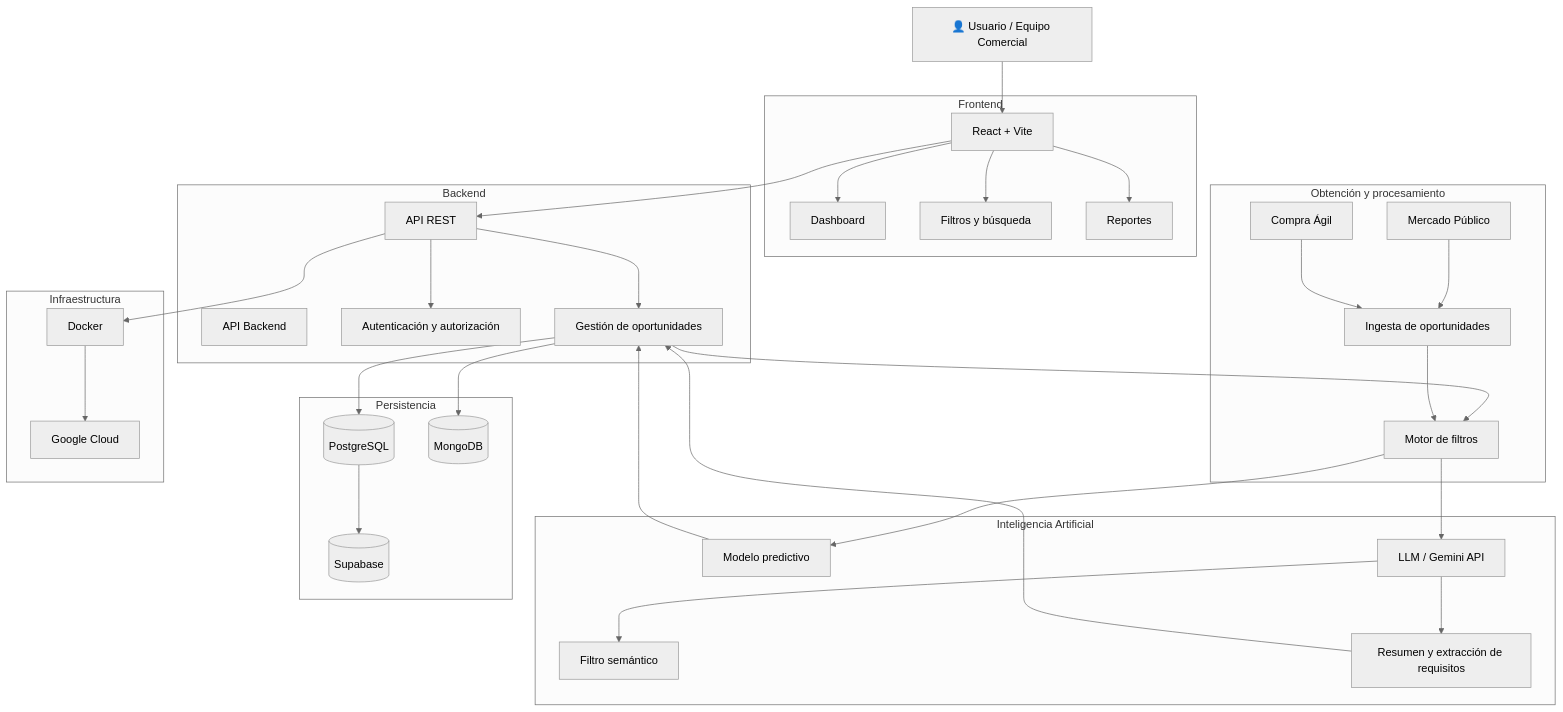
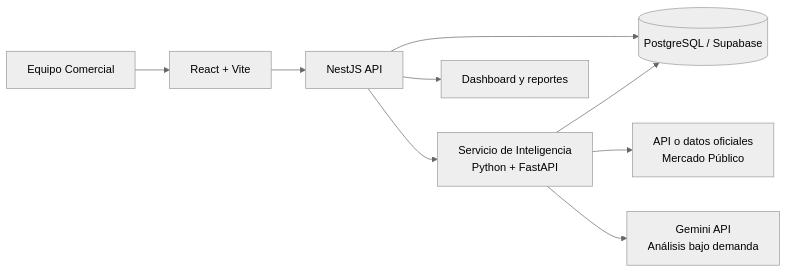
Before and after one commit to Thleighton/Capstone-Licing: the first of 2 diagrams in README.md, drawn with Mermaid (neutral theme). The commit also changed other lines of this file, not shown here.

````diff
--- a/README.md
+++ b/README.md
@@ -45,77 +86,14 @@
 ```mermaid
-flowchart TB
+flowchart LR
+    U[Equipo Comercial] --> FE[React + Vite]
+    FE --> API[NestJS API]
 
-    U[👤 Usuario / Equipo Comercial]
+    API --> DB[(PostgreSQL / Supabase)]
+    API --> INT[Servicio de Inteligencia<br/>Python + FastAPI]
 
-    subgraph FRONTEND["Frontend"]
-        A[React + Vite]
-        D[Dashboard]
-        F[Filtros y búsqueda]
-        R[Reportes]
-    end
+    INT --> MP[API o datos oficiales<br/>Mercado Público]
+    INT --> DB
+    INT --> LLM[Gemini API<br/>Análisis bajo demanda]
 
-    subgraph BACKEND["Backend"]
-        G[API Backend]
-        API[API REST]
-        AUTH[Autenticación y autorización]
-        OP[Gestión de oportunidades]
-    end
-
-    subgraph DATA["Obtención y procesamiento"]
-        MP[Mercado Público]
-        CA[Compra Ágil]
-        ING[Ingesta de oportunidades]
-        FIL[Motor de filtros]
-    end
-
-    subgraph AI["Inteligencia Artificial"]
-        PRED[Modelo predictivo]
-        LLM[LLM / Gemini API]
-        SEM[Filtro semántico]
-        SUM[Resumen y extracción de requisitos]
-    end
-
-    subgraph STORAGE["Persistencia"]
-        PG[(PostgreSQL)]
-        MG[(MongoDB)]
-        SB[(Supabase)]
-    end
-
-    subgraph INFRA["Infraestructura"]
-        DOCKER[Docker]
-        GC[Google Cloud]
-    end
-
-    U --> A
-
-    A --> D
-    A --> F
-    A --> R
-
-    A --> API
-
-    API --> AUTH
-    API --> OP
-
-    OP --> FIL
-
-    MP --> ING
-    CA --> ING
-    ING --> FIL
-
-    FIL --> PRED
-    FIL --> LLM
-
-    LLM --> SEM
-    LLM --> SUM
-
-    PRED --> OP
-    SUM --> OP
-
-    OP --> PG
-    OP --> MG
-    PG --> SB
-
-    API --> DOCKER
-    DOCKER --> GC
+    API --> DASH[Dashboard y reportes]
 ```
````
